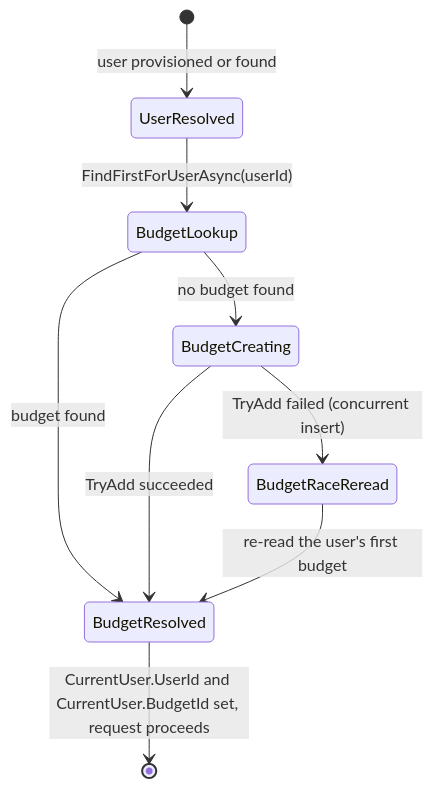
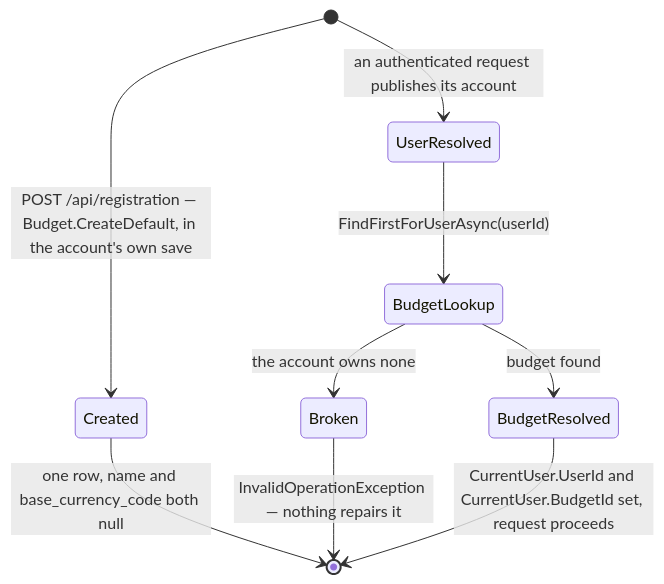
The second of 2 diagrams in docs/business-logic/budgets.md (anton-kochev/budgetoid), drawn with Mermaid before and after one commit. The commit also changed other lines of this file and 110 other files, not shown here.

````diff
--- a/docs/business-logic/budgets.md
+++ b/docs/business-logic/budgets.md
@@ -410,11 +411,12 @@
 ```mermaid
 stateDiagram-v2
-    [*] --> UserResolved : user provisioned or found
+    [*] --> Created : POST /api/registration — Budget.CreateDefault, in the account's own save
+    Created --> [*] : one row, name and base_currency_code both null
+
+    [*] --> UserResolved : an authenticated request publishes its account
     UserResolved --> BudgetLookup : FindFirstForUserAsync(userId)
     BudgetLookup --> BudgetResolved : budget found
-    BudgetLookup --> BudgetCreating : no budget found
-    BudgetCreating --> BudgetResolved : TryAdd succeeded
-    BudgetCreating --> BudgetRaceReread : TryAdd failed (concurrent insert)
-    BudgetRaceReread --> BudgetResolved : re-read the user's first budget
+    BudgetLookup --> Broken : the account owns none
+    Broken --> [*] : InvalidOperationException — nothing repairs it
     BudgetResolved --> [*] : CurrentUser.UserId and CurrentUser.BudgetId set, request proceeds
 ```
````
